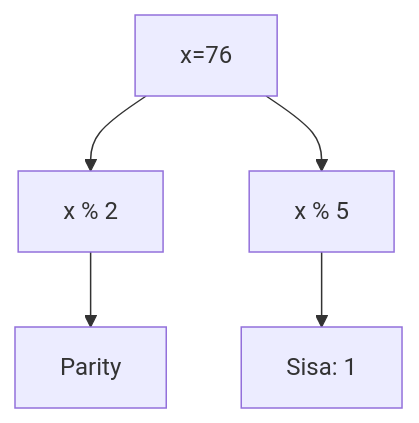
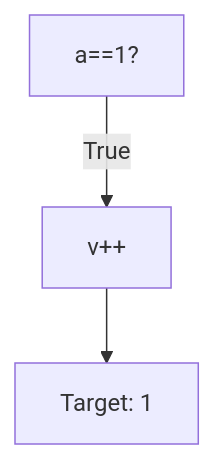
Before and after one commit to amnahwaida/OSNK_INF_PREP: diagram 13 of 25 in part-c-pemahaman-cpp/06-bitwise/latihan/set-03.md, drawn with Mermaid. The commit also changed other lines of this file and 71 other files, not shown here.

Commit message:
Fixed Mermaid syntax lexical errors with quoted labels in 1,800 questions

````diff
--- a/part-c-pemahaman-cpp/06-bitwise/latihan/set-03.md
+++ b/part-c-pemahaman-cpp/06-bitwise/latihan/set-03.md
@@ -414,7 +389,5 @@
 ```mermaid
 graph TD
-A[x=76] --> B[x % 2]
-B --> C[Parity]
-A --> D[x % 5]
-D --> E[Sisa: 1]
+A["a==1?"] -- "True" --> B["v++"]
+B --> C["Target: 1"]
 ```
````
